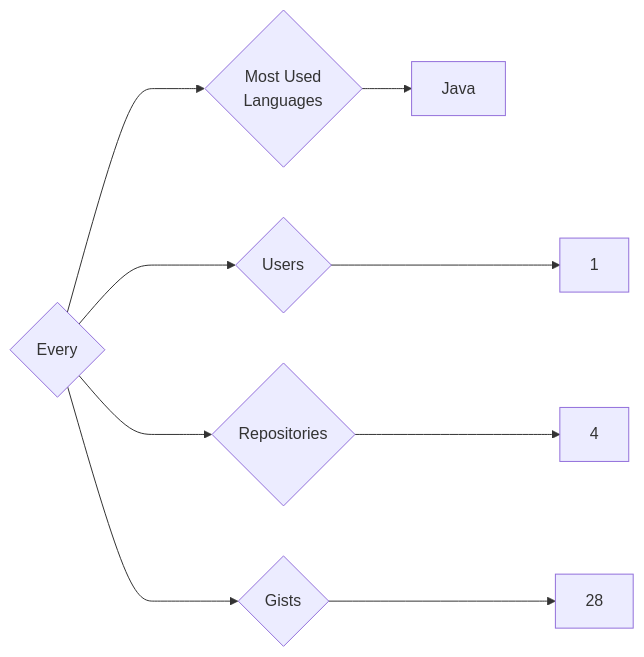
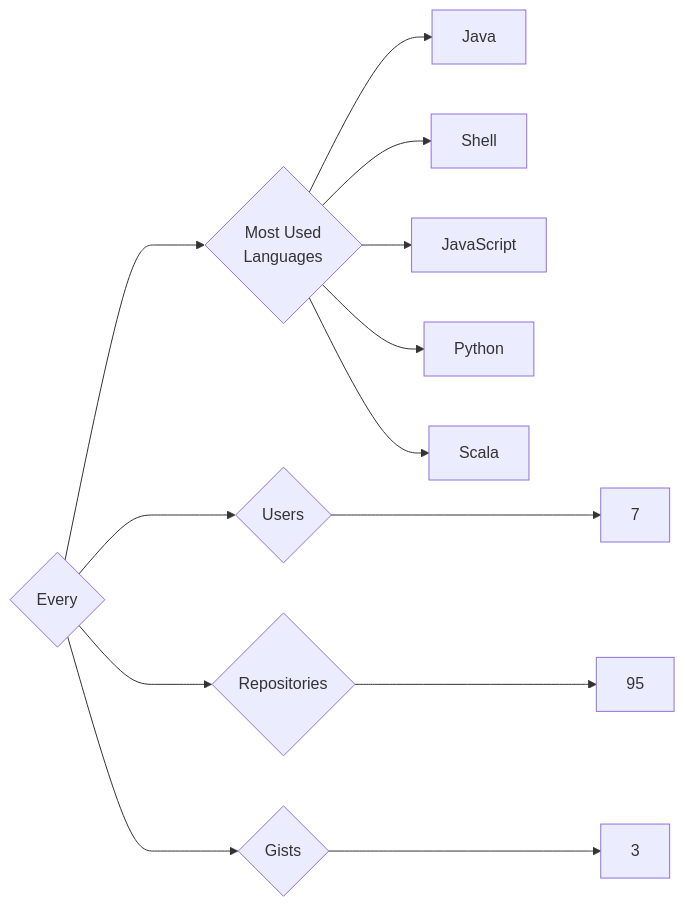
Before and after one commit to trickest/insiders: the diagram in targets/Every/README.md, drawn with Mermaid. The commit also changed 912 other files, not shown here.

````diff
--- a/targets/Every/README.md
+++ b/targets/Every/README.md
@@ -3,9 +3,13 @@
 ```mermaid
 graph LR
 COMPANY_NAME{Every}
-COMPANY_NAME ---> U{Users} ---> UN[1]
-COMPANY_NAME ---> R{Repositories} ---> RN[4]
-COMPANY_NAME ---> G{Gists} ---> GN[28]
+COMPANY_NAME ---> U{Users} ---> UN[7]
+COMPANY_NAME ---> R{Repositories} ---> RN[95]
+COMPANY_NAME ---> G{Gists} ---> GN[3]
 COMPANY_NAME ---> ML{Most Used<br>Languages}
 ML --> Java[Java]
+ML --> Shell[Shell]
+ML --> JavaScript[JavaScript]
+ML --> Python[Python]
+ML --> Scala[Scala]
 ```
````
